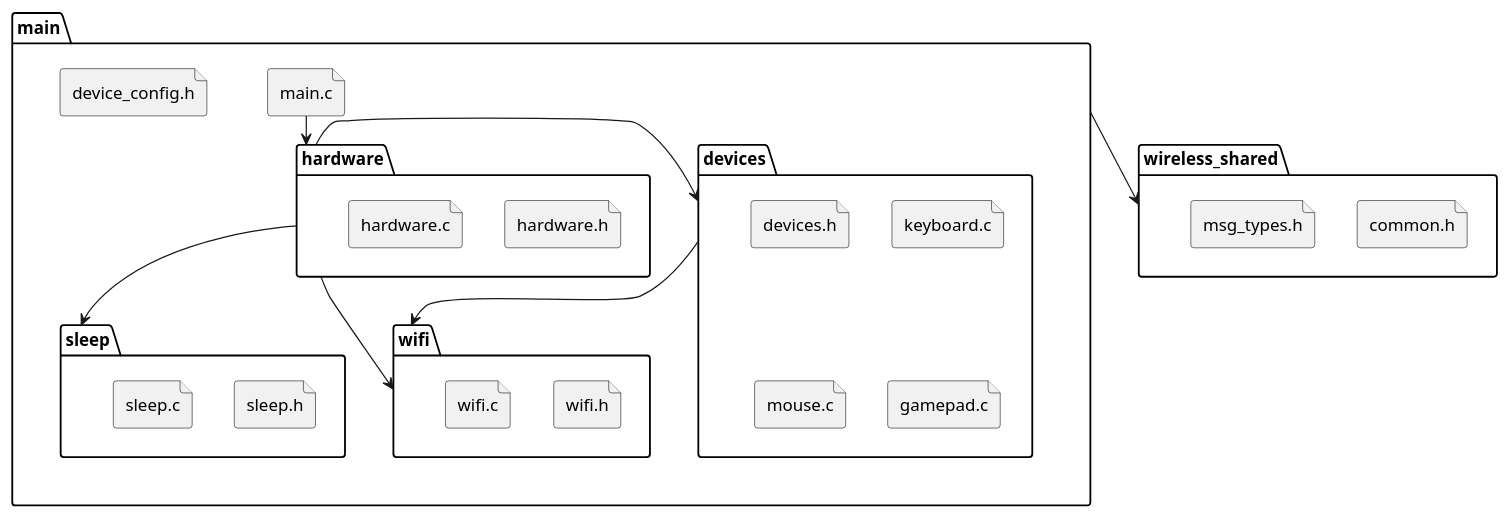
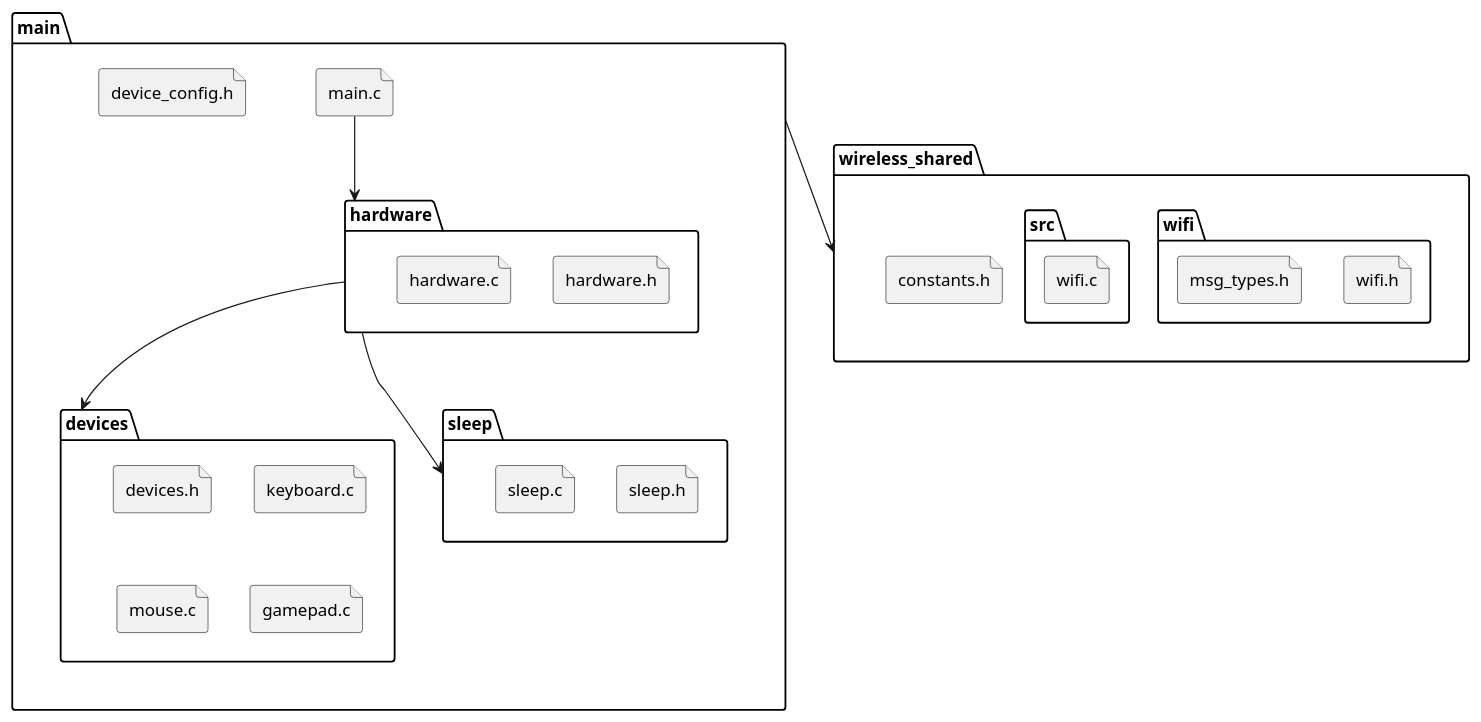
The diagram in wireless_transmitter-2.0/structure.puml (AndrewTheeFirst/WirelessAdapter), drawn with PlantUML before and after one commit. The commit also changed 1 other file, not shown here.

Commit message:
Updated to align with current architecture.

```diff
--- a/wireless_transmitter-2.0/structure.puml
+++ b/wireless_transmitter-2.0/structure.puml
@@ -1,44 +1,38 @@
 @startuml wireless-transmitter-2.0
 
 package wireless_shared{
-    file common.h
-    file msg_types.h
+    folder wifi{
+        file wifi.h
+        file msg_types.h
+    }
+    folder src{
+        file wifi.c
+    }
+    file constants.h
 }
 
-package main{
-    package devices{
+folder main{
+    folder devices{
         file devices.h
         file keyboard.c
         file mouse.c
         file gamepad.c
     }
-
-    package hardware{
+    folder hardware{
         file hardware.h
         file hardware.c
     }
-
-    package wifi{
-        file wifi.h
-        file wifi.c
-    }
-
-    package sleep{
+    folder sleep{
         file sleep.h
         file sleep.c
     }
     file main.c
     file device_config.h
 }
 
 main --> wireless_shared
-
-hardware --> wifi
-hardware -> devices
+hardware --> devices
 hardware --> sleep
-
-devices --> wifi
-
 main.c --> hardware
 
 @enduml
```
